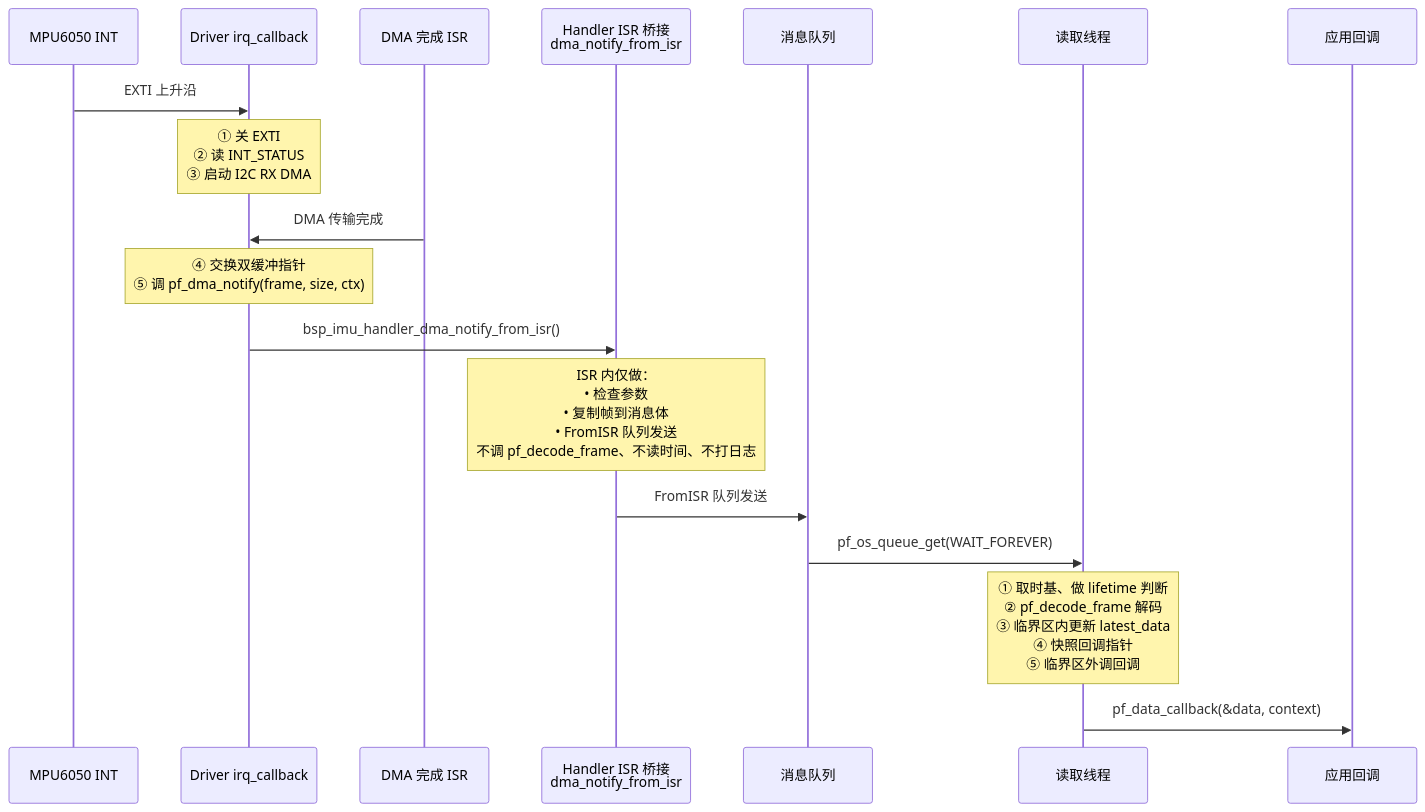
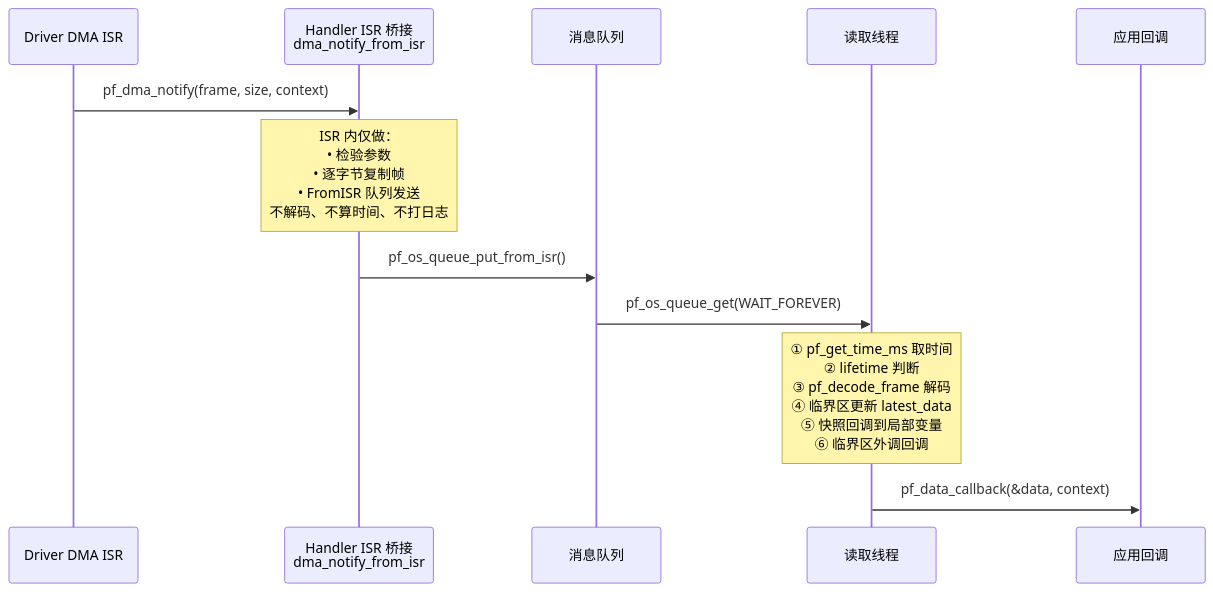
One commit to shuai-yemao/Deep-In-Embedded changed the second of 3 diagrams in 开发板/ARM架构/STM32F411CEU6/MPU6050的handle文件架构设计思路.md. Above: the diagram before and after it, drawn with Mermaid. The commit also changed other lines of this file and 1 other file, not shown here.

````diff
--- a/开发板/ARM架构/STM32F411CEU6/MPU6050的handle文件架构设计思路.md
+++ b/开发板/ARM架构/STM32F411CEU6/MPU6050的handle文件架构设计思路.md
@@ -74,21 +117,15 @@
 ```mermaid
 sequenceDiagram
-    participant MPU as MPU6050 INT
-    participant DRV as Driver irq_callback
-    participant DMA as DMA 完成 ISR
-    participant ISR_BRG as Handler ISR 桥接<br/>dma_notify_from_isr
+    participant DRV as Driver DMA ISR
+    participant BRG as Handler ISR 桥接<br/>dma_notify_from_isr
     participant Q as 消息队列
     participant THD as 读取线程
     participant APP as 应用回调
 
-    MPU->>DRV: EXTI 上升沿
-    Note over DRV: ① 关 EXTI<br/>② 读 INT_STATUS<br/>③ 启动 I2C RX DMA
-    DMA->>DRV: DMA 传输完成
-    Note over DRV: ④ 交换双缓冲指针<br/>⑤ 调 pf_dma_notify(frame, size, ctx)
-    DRV->>ISR_BRG: bsp_imu_handler_dma_notify_from_isr()
-    Note over ISR_BRG: ISR 内仅做：<br/>• 检查参数<br/>• 复制帧到消息体<br/>• FromISR 队列发送<br/>不调 pf_decode_frame、不读时间、不打日志
-    ISR_BRG->>Q: FromISR 队列发送
+    DRV->>BRG: pf_dma_notify(frame, size, context)
+    Note over BRG: ISR 内仅做：<br/>• 检验参数<br/>• 逐字节复制帧<br/>• FromISR 队列发送<br/>不解码、不算时间、不打日志
+    BRG->>Q: pf_os_queue_put_from_isr()
     Q->>THD: pf_os_queue_get(WAIT_FOREVER)
-    Note over THD: ① 取时基、做 lifetime 判断<br/>② pf_decode_frame 解码<br/>③ 临界区内更新 latest_data<br/>④ 快照回调指针<br/>⑤ 临界区外调回调
+    Note over THD: ① pf_get_time_ms 取时间<br/>② lifetime 判断<br/>③ pf_decode_frame 解码<br/>④ 临界区更新 latest_data<br/>⑤ 快照回调到局部变量<br/>⑥ 临界区外调回调
     THD->>APP: pf_data_callback(&data, context)
 ```
````
